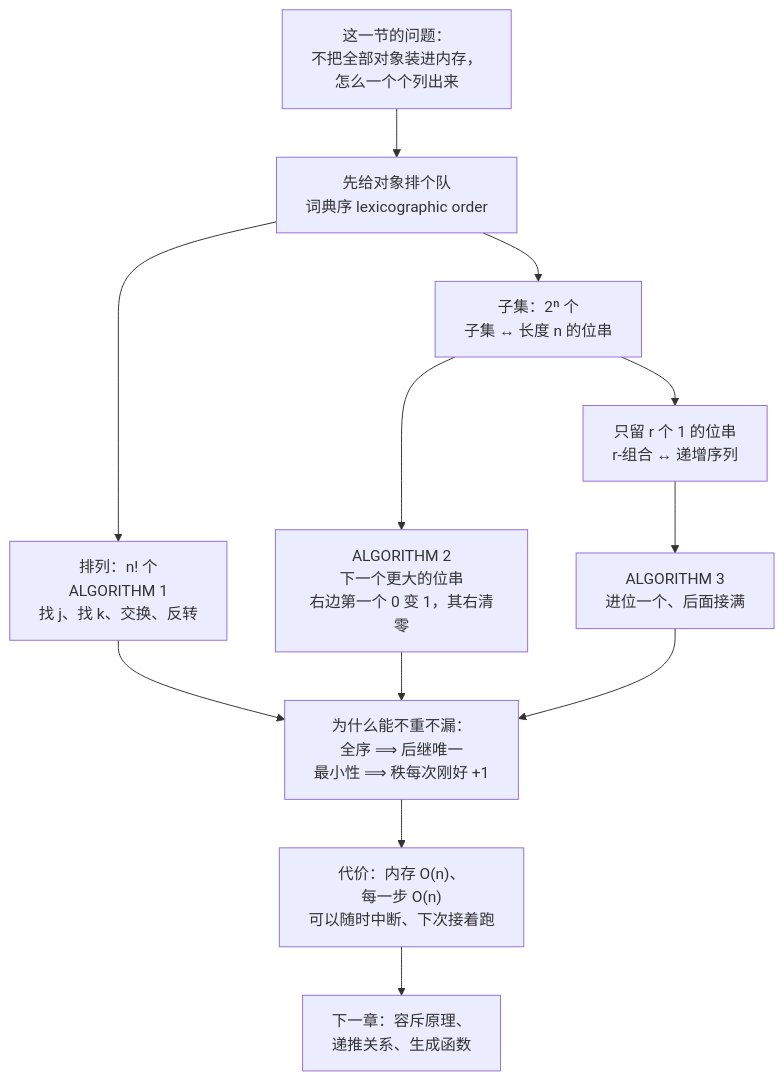
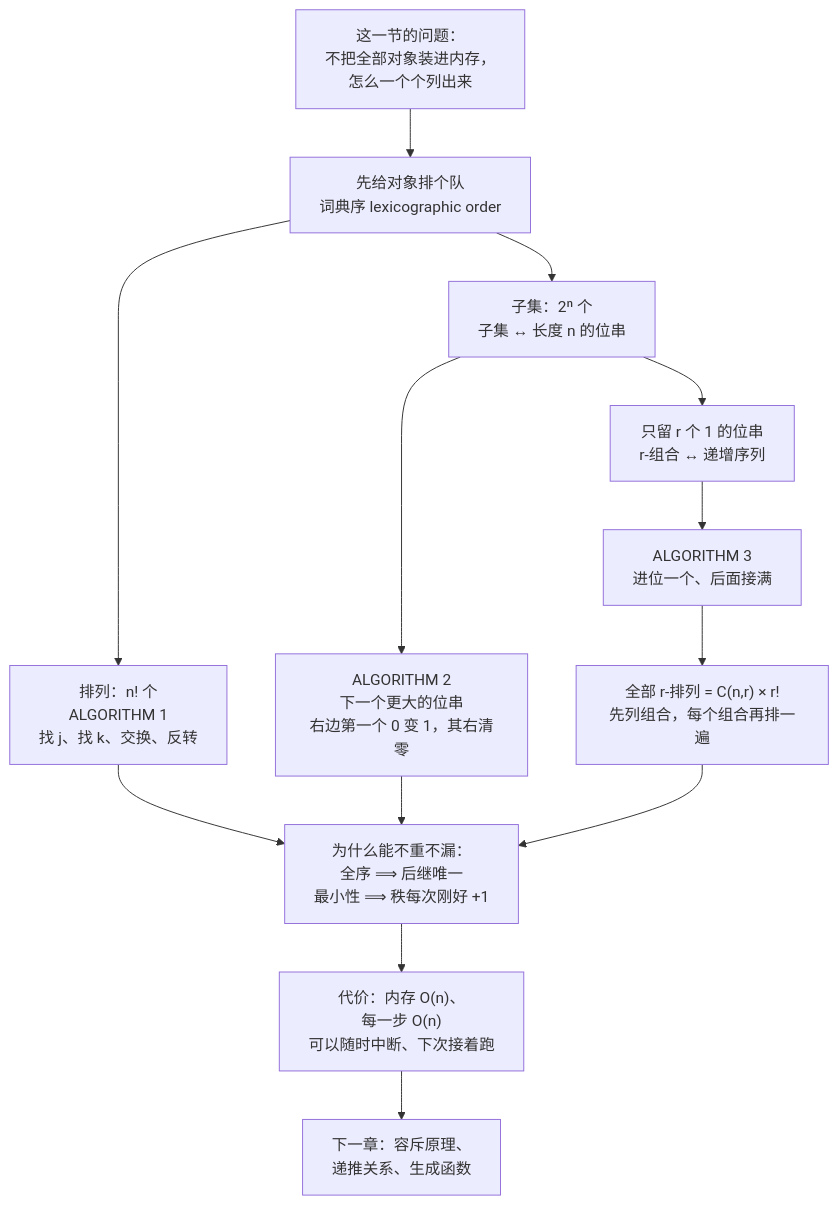
Before and after one commit to KayeAdams515/ClaudeNotes: the diagram in 离散数学/C6.6 生成排列与组合 Generating Permutations and Combinations.md, drawn with Mermaid. The commit also changed other lines of this file and 777 other files, not shown here.

````diff
--- a/离散数学/C6.6 生成排列与组合 Generating Permutations and Combinations.md
+++ b/离散数学/C6.6 生成排列与组合 Generating Permutations and Combinations.md
@@ -35,14 +36,15 @@
 ```mermaid
 graph TD
     A["这一节的问题：<br/>不把全部对象装进内存，<br/>怎么一个个列出来"] --> B["先给对象排个队<br/>词典序 lexicographic order"]
     B --> C["排列：n! 个<br/>ALGORITHM 1<br/>找 j、找 k、交换、反转"]
     B --> D["子集：2ⁿ 个<br/>子集 ↔ 长度 n 的位串"]
     D --> E["ALGORITHM 2<br/>下一个更大的位串<br/>右边第一个 0 变 1，其右清零"]
     D --> F["只留 r 个 1 的位串<br/>r-组合 ↔ 递增序列"]
     F --> G["ALGORITHM 3<br/>进位一个、后面接满"]
+    G --> G2["全部 r-排列 = C(n,r) × r!<br/>先列组合，每个组合再排一遍"]
     C --> H["为什么能不重不漏：<br/>全序 ⟹ 后继唯一<br/>最小性 ⟹ 秩每次刚好 +1"]
     E --> H
-    G --> H
+    G2 --> H
     H --> I["代价：内存 O(n)、<br/>每一步 O(n)<br/>可以随时中断、下次接着跑"]
     I --> J["下一章：容斥原理、<br/>递推关系、生成函数"]
 ```
````
